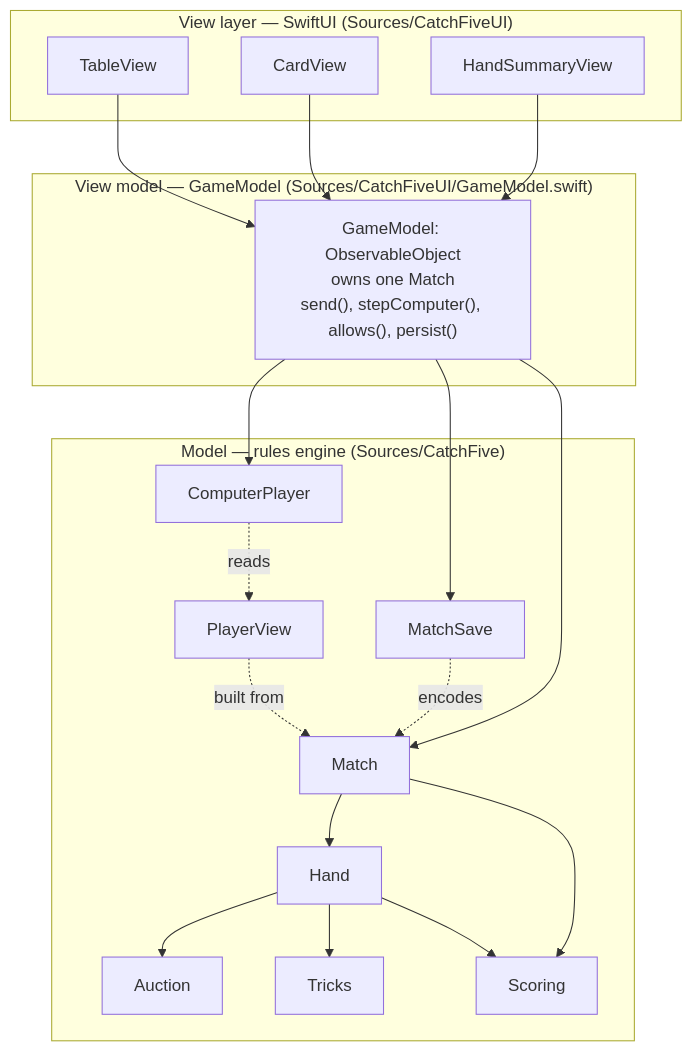
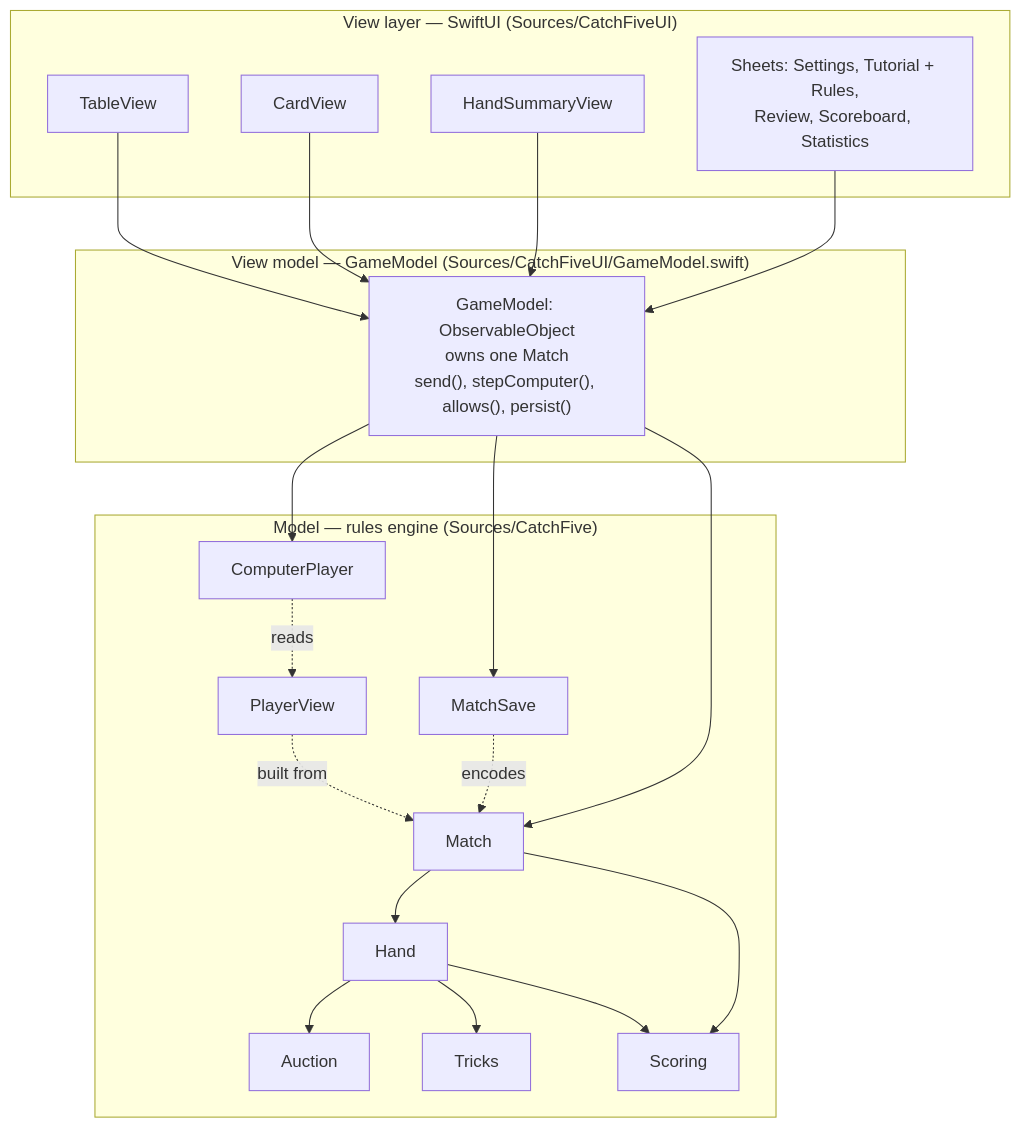
Before and after one commit to cmurphy1140/catch-5: the first of 3 diagrams in docs/architecture.md, drawn with Mermaid. The commit also changed other lines of this file and 13 other files, not shown here.

````diff
--- a/docs/architecture.md
+++ b/docs/architecture.md
@@ -5,27 +5,29 @@
 ```mermaid
 flowchart TB
     subgraph View["View layer — SwiftUI (Sources/CatchFiveUI)"]
         TV[TableView]
         CV[CardView]
         HS[HandSummaryView]
+        SH["Sheets: Settings, Tutorial + Rules,<br/>Review, Scoreboard, Statistics"]
     end
     subgraph VM["View model — GameModel (Sources/CatchFiveUI/GameModel.swift)"]
         GM["GameModel: ObservableObject<br/>owns one Match<br/>send(), stepComputer(), allows(), persist()"]
     end
     subgraph Model["Model — rules engine (Sources/CatchFive)"]
         M[Match] --> H[Hand]
         H --> AU[Auction]
         H --> TR[Tricks]
         H --> SC[Scoring]
         M --> SC
         CP[ComputerPlayer] -. reads .-> PV[PlayerView]
         PV -. built from .-> M
         MS[MatchSave] -. encodes .-> M
     end
     TV --> GM
     CV --> GM
     HS --> GM
+    SH --> GM
     GM --> M
     GM --> CP
     GM --> MS
 ```
````
